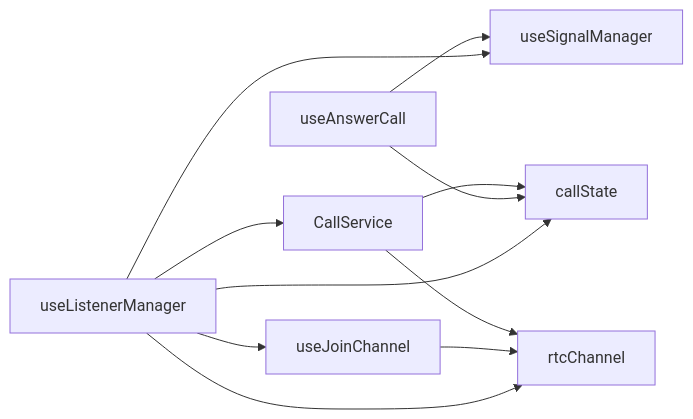
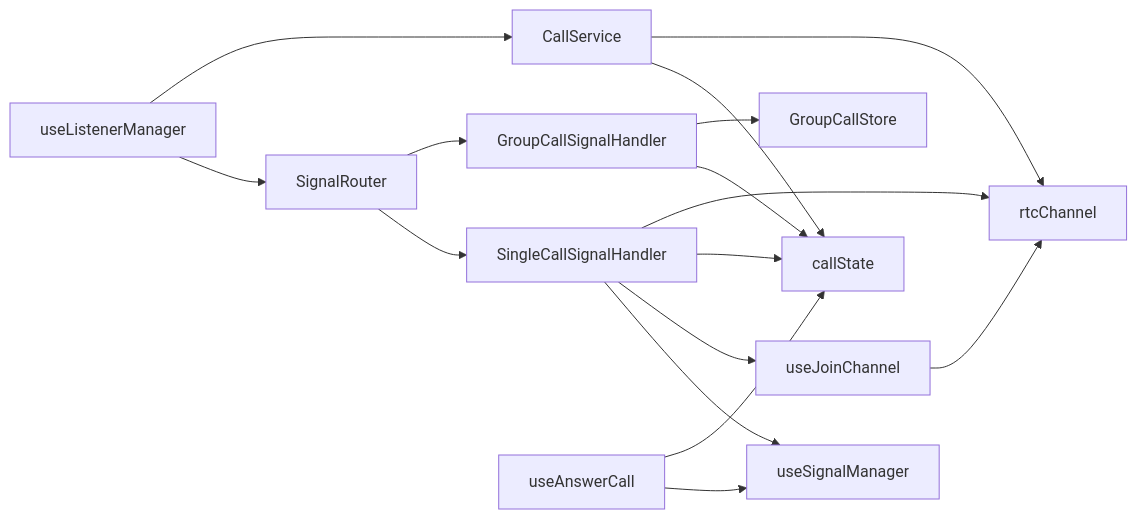
The fifth of 5 diagrams in .qoder/repowiki/zh/content/高级功能/信令实现机制/监听器管理.md (Easemob-Community/easemob-uikit-callkit-vue3), drawn with Mermaid before and after one commit. The commit also changed other lines of this file and 54 other files, not shown here.

````diff
--- a/.qoder/repowiki/zh/content/高级功能/信令实现机制/监听器管理.md
+++ b/.qoder/repowiki/zh/content/高级功能/信令实现机制/监听器管理.md
@@ -276,13 +315,18 @@
 ```mermaid
 graph LR
-LM["useListenerManager"] --> SM["useSignalManager"]
-LM --> JC["useJoinChannel"]
-LM --> CS["callState"]
-LM --> RC["rtcChannel"]
+LM["useListenerManager"] --> SR["SignalRouter"]
+SR --> SCH["SingleCallSignalHandler"]
+SR --> GCH["GroupCallSignalHandler"]
+SCH --> SM["useSignalManager"]
+SCH --> JC["useJoinChannel"]
+SCH --> CS["callState"]
+SCH --> RC["rtcChannel"]
+GCH --> CS
+GCH --> GCS["GroupCallStore"]
 LM --> CSvc["CallService"]
 AC["useAnswerCall"] --> SM
 AC --> CS
 JC --> RC
 CSvc --> CS
 CSvc --> RC
 ```
````
